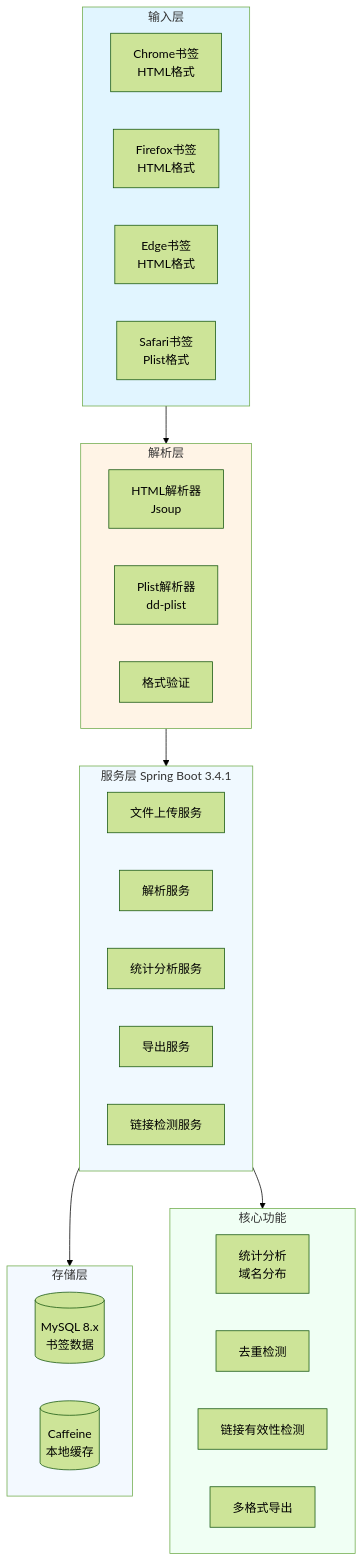
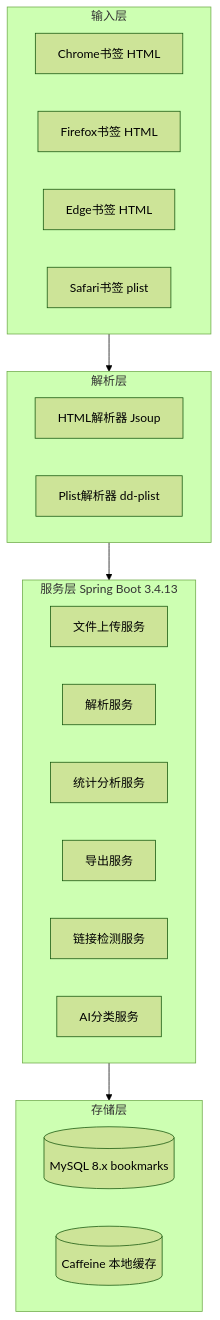
Before and after one commit to junwOpenSourceProjects/test-BookMarkAnalysis: the diagram in README.md, drawn with Mermaid (forest theme). The commit also changed other lines of this file and 2 other files, not shown here.

````diff
--- a/README.md
+++ b/README.md
@@ -15,46 +15,32 @@
 ```mermaid
 graph TB
     subgraph Input[输入层]
-        Chrome[Chrome书签<br/>HTML格式]
-        Firefox[Firefox书签<br/>HTML格式]
-        Edge[Edge书签<br/>HTML格式]
-        Safari[Safari书签<br/>Plist格式]
+        Chrome[Chrome书签 HTML]
+        Firefox[Firefox书签 HTML]
+        Edge[Edge书签 HTML]
+        Safari[Safari书签 plist]
     end
-    
+
     subgraph Parser[解析层]
-        HTMLParser[HTML解析器<br/>Jsoup]
-        PlistParser[Plist解析器<br/>dd-plist]
-        Validator[格式验证]
+        HTMLParser[HTML解析器 Jsoup]
+        PlistParser[Plist解析器 dd-plist]
     end
-    
-    subgraph Service[服务层 Spring Boot 3.4.1]
+
+    subgraph Service[服务层 Spring Boot 3.4.13]
         UploadService[文件上传服务]
         ParseService[解析服务]
         AnalysisService[统计分析服务]
         ExportService[导出服务]
         CheckService[链接检测服务]
+        AiService[AI分类服务]
     end
-    
+
     subgraph Storage[存储层]
-        MySQL[(MySQL 8.x<br/>书签数据)]
-        Cache[(Caffeine<br/>本地缓存)]
+        MySQL[(MySQL 8.x bookmarks)]
+        Cache[(Caffeine 本地缓存)]
     end
-    
-    subgraph Features[核心功能]
-        Stats[统计分析<br/>域名分布]
-        Duplicate[去重检测]
-        LinkCheck[链接有效性检测]
-        Export[多格式导出]
-    end
-    
+
     Input --> Parser
     Parser --> Service
     Service --> Storage
-    Service --> Features
-    
-    style Input fill:#e1f5ff
-    style Parser fill:#fff4e6
-    style Service fill:#f0f9ff
-    style Storage fill:#f3f9ff
-    style Features fill:#f0fff4
 ```
````
